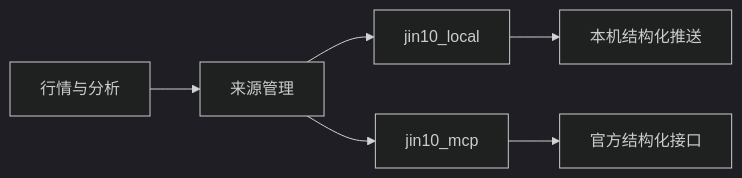
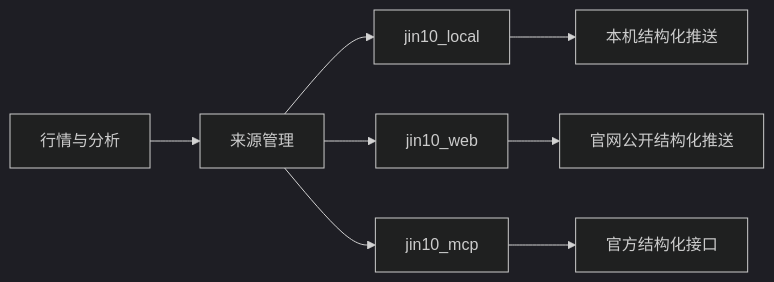
One commit to Daniel9572/TraceFang changed the diagram in docs/local-data-acceleration.md. Above: the diagram before and after it, drawn with Mermaid (dark theme). The commit also changed other lines of this file and 21 other files, not shown here.

First line of the commit message:
feat(data): add high-frequency Jin10 web stream

````diff
--- a/docs/local-data-acceleration.md
+++ b/docs/local-data-acceleration.md
@@ -48,8 +52,10 @@
 ```mermaid
 flowchart LR
     UI["行情与分析"] --> R["来源管理"]
     R --> S["jin10_local"]
+    R --> W["jin10_web"]
     R --> M["jin10_mcp"]
     S --> L["本机结构化推送"]
+    W --> P["官网公开结构化推送"]
     M --> O["官方结构化接口"]
 ```
````
